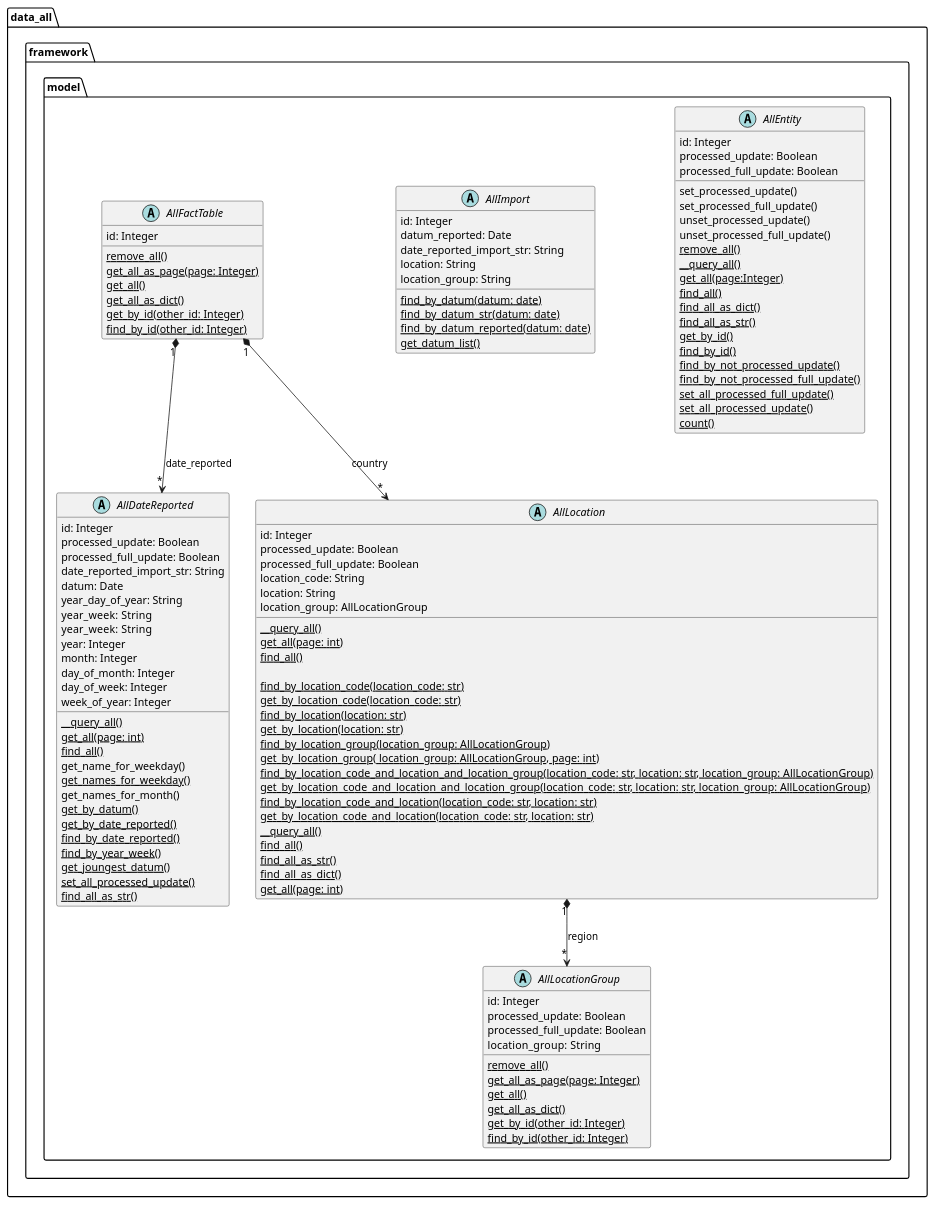
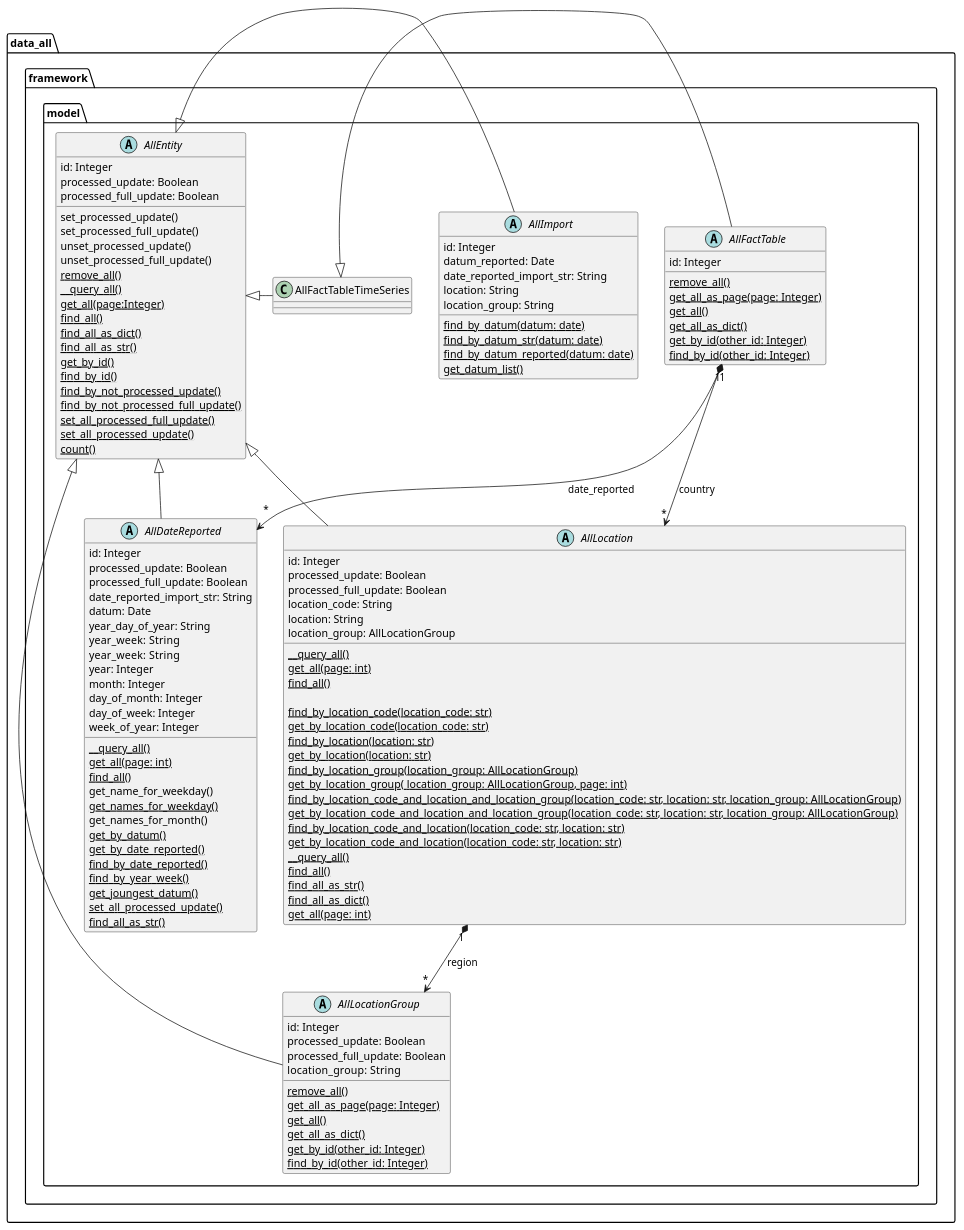
One commit to thomaswoehlke/flask_covid19 changed the diagram in docs/uml/project/data_all/framework_model_impl.puml. Above: the diagram before and after it, drawn with PlantUML. The commit also changed 1 other file, not shown here.

```diff
--- a/docs/uml/project/data_all/framework_model_impl.puml
+++ b/docs/uml/project/data_all/framework_model_impl.puml
@@ -1,149 +1,156 @@
 @startuml
 'https://plantuml.com/class-diagram
 
 'abstract class AbstractList
 'abstract AbstractCollection
 'interface List
 'interface Collection
 
 'List <|-- AbstractList
 'Collection <|-- AbstractCollection
 
 'Collection <|- List
 'AbstractCollection <|- AbstractList
 'AbstractList <|-- ArrayList
 
 'class ArrayList {
 'Object[] elementData
 'size()
 '}
 
 'enum TimeUnit {
 'DAYS
 'HOURS
 'MINUTES
 '}
 
 package data_all.framework.model {
 
     abstract class AllEntity {
         id: Integer
         processed_update: Boolean
         processed_full_update: Boolean
 
         set_processed_update()
         set_processed_full_update()
         unset_processed_update()
         unset_processed_full_update()
         {classifier} remove_all()
         {classifier} __query_all()
         {classifier} get_all(page:Integer)
         {classifier} find_all()
         {classifier} find_all_as_dict()
         {classifier} find_all_as_str()
         {classifier} get_by_id()
         {classifier} find_by_id()
         {classifier} find_by_not_processed_update()
         {classifier} find_by_not_processed_full_update()
         {classifier} set_all_processed_full_update()
         {classifier} set_all_processed_update()
         {classifier} count()
     }
     abstract class AllImport {
         id: Integer
         datum_reported: Date
         date_reported_import_str: String
 		location: String
 		location_group: String
 
 		{classifier} find_by_datum(datum: date)
 		{classifier} find_by_datum_str(datum: date)
 		{classifier} find_by_datum_reported(datum: date)
 		{classifier} get_datum_list()
 	}
     abstract class AllDateReported {
         id: Integer
 	    processed_update: Boolean
         processed_full_update: Boolean
 	    date_reported_import_str: String
 	    datum: Date
         year_day_of_year: String
         year_week:  String
         year_week:  String
 	    year: Integer
 	    month: Integer
 	    day_of_month: Integer
 	    day_of_week: Integer
 	    week_of_year: Integer
 
         {classifier} __query_all()
         {classifier} get_all(page: int)
         {classifier} find_all()
 		get_name_for_weekday()
 		{classifier} get_names_for_weekday()
 		get_names_for_month()
 		{classifier} get_by_datum()
 		{classifier} get_by_date_reported()
 		{classifier} find_by_date_reported()
 		{classifier} find_by_year_week()
 		{classifier} get_joungest_datum()
 		{classifier} set_all_processed_update()
 		{classifier} find_all_as_str()
     }
     abstract class AllLocation {
         id: Integer
 	    processed_update: Boolean
         processed_full_update: Boolean
         location_code: String
 	    location: String
 	    location_group: AllLocationGroup
 
         {classifier} __query_all()
         {classifier} get_all(page: int)
         {classifier} find_all()
 
 	    {classifier} find_by_location_code(location_code: str)
 	    {classifier} get_by_location_code(location_code: str)
 	    {classifier} find_by_location(location: str)
 	    {classifier} get_by_location(location: str)
 	    {classifier} find_by_location_group(location_group: AllLocationGroup)
 	    {classifier} get_by_location_group( location_group: AllLocationGroup, page: int)
 	    {classifier} find_by_location_code_and_location_and_location_group(location_code: str, location: str, location_group: AllLocationGroup)
 	    {classifier} get_by_location_code_and_location_and_location_group(location_code: str, location: str, location_group: AllLocationGroup)
 	    {classifier} find_by_location_code_and_location(location_code: str, location: str)
 	    {classifier} get_by_location_code_and_location(location_code: str, location: str)
 	    {classifier} __query_all()
 	    {classifier} find_all()
 	    {classifier} find_all_as_str()
 	    {classifier} find_all_as_dict()
 	    {classifier} get_all(page: int)
     }
     abstract class AllLocationGroup {
         id: Integer
 	    processed_update: Boolean
         processed_full_update: Boolean
 	    location_group:  String
 
 	    {classifier} remove_all()
 	    {classifier} get_all_as_page(page: Integer)
 	    {classifier} get_all()
 	    {classifier} get_all_as_dict()
 	    {classifier} get_by_id(other_id: Integer)
 	    {classifier} find_by_id(other_id: Integer)
     }
     abstract class AllFactTable {
 	    id: Integer
 	    {classifier} remove_all()
 	    {classifier} get_all_as_page(page: Integer)
 	    {classifier} get_all()
 	    {classifier} get_all_as_dict()
 	    {classifier} get_by_id(other_id: Integer)
 	    {classifier} find_by_id(other_id: Integer)
     }
 
+    AllEntity <|- AllFactTableTimeSeries
+    AllFactTableTimeSeries <|- AllFactTable
+    AllEntity <|- AllDateReported
+    AllEntity <|- AllImport
+    AllEntity <|- AllLocation
+    AllEntity <|- AllLocationGroup
+
     AllLocation "1" *--> "*" AllLocationGroup : region
     AllFactTable "1" *--> "*" AllLocation : country
     AllFactTable "1" *--> "*" AllDateReported : date_reported
 }
 
 @enduml
```
